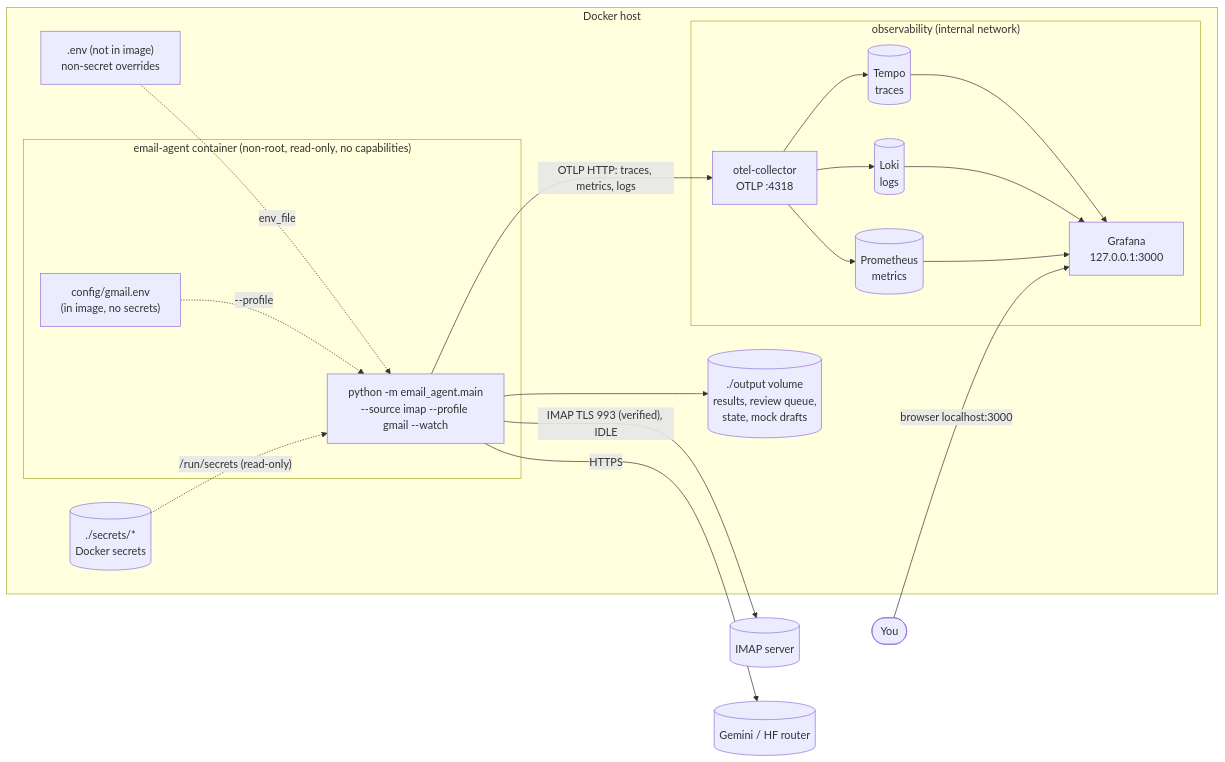
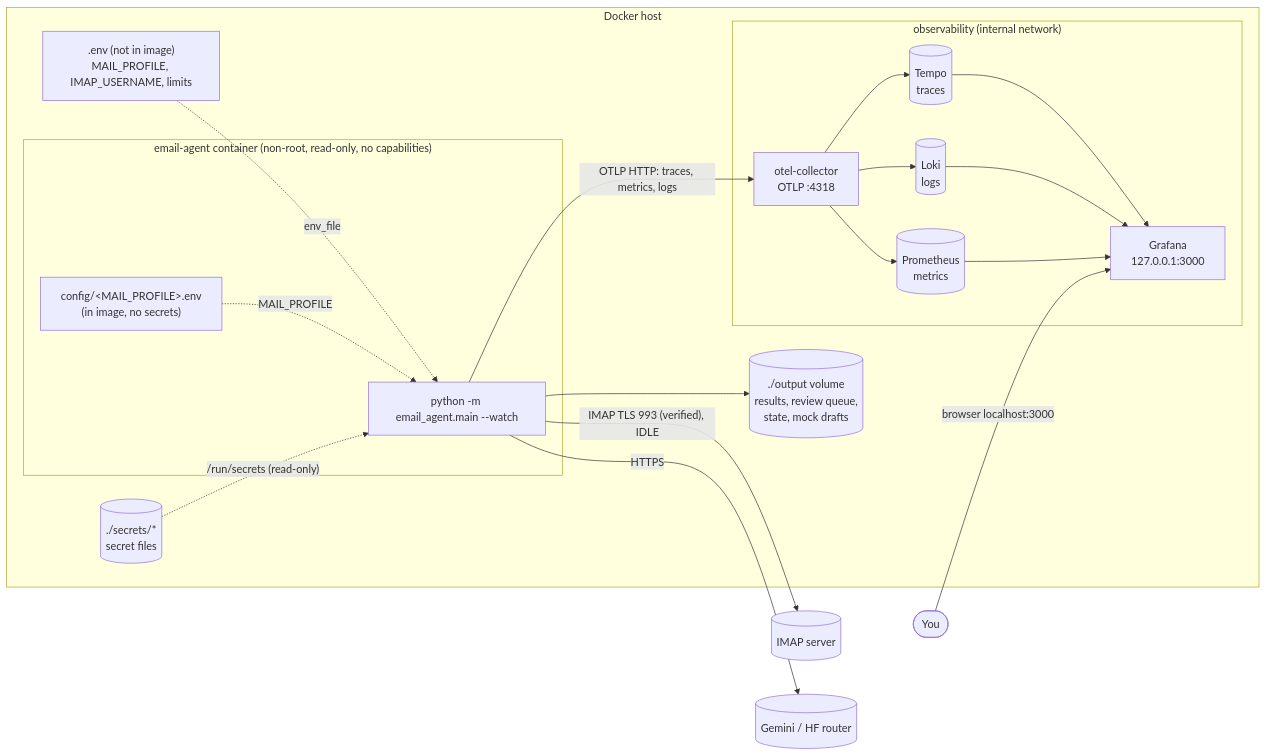
One commit to anketmalandkar-sys/ltfs-demo changed the eighth of 8 diagrams in ARCHITECTURE.md. Above: the diagram before and after it, drawn with Mermaid. The commit also changed other lines of this file and 11 other files, not shown here.

````diff
--- a/ARCHITECTURE.md
+++ b/ARCHITECTURE.md
@@ -408,29 +408,29 @@
 ```mermaid
 flowchart LR
     subgraph HOST["Docker host"]
         subgraph C1["email-agent container (non-root, read-only, no capabilities)"]
-            APP["python -m email_agent.main<br/>--source imap --profile gmail --watch"]
-            PROF["config/gmail.env<br/>(in image, no secrets)"]
+            APP["python -m email_agent.main --watch"]
+            PROF["config/&lt;MAIL_PROFILE&gt;.env<br/>(in image, no secrets)"]
         end
         subgraph OBS["observability (internal network)"]
             COL["otel-collector<br/>OTLP :4318"]
             TEMPO[("Tempo<br/>traces")]
             LOKI[("Loki<br/>logs")]
             PROM[("Prometheus<br/>metrics")]
             GRAF["Grafana<br/>127.0.0.1:3000"]
             COL --> TEMPO & LOKI & PROM
             TEMPO & LOKI & PROM --> GRAF
         end
         VOL[("./output volume<br/>results, review queue,<br/>state, mock drafts")]
-        ENV[".env (not in image)<br/>non-secret overrides"]
-        SEC[("./secrets/*<br/>Docker secrets")]
+        ENV[".env (not in image)<br/>MAIL_PROFILE, IMAP_USERNAME, limits"]
+        SEC[("./secrets/*<br/>secret files")]
     end
     ENV -. env_file .-> APP
-    PROF -.->|"--profile"| APP
+    PROF -.->|"MAIL_PROFILE"| APP
     SEC -.->|"/run/secrets (read-only)"| APP
     APP --> VOL
     APP -- "IMAP TLS 993 (verified), IDLE" --> GM[("IMAP server")]
     APP -- HTTPS --> LLMAPI[("Gemini / HF router")]
     APP -- "OTLP HTTP: traces, metrics, logs" --> COL
     USER(["You"]) -- "browser localhost:3000" --> GRAF
 ```
````
